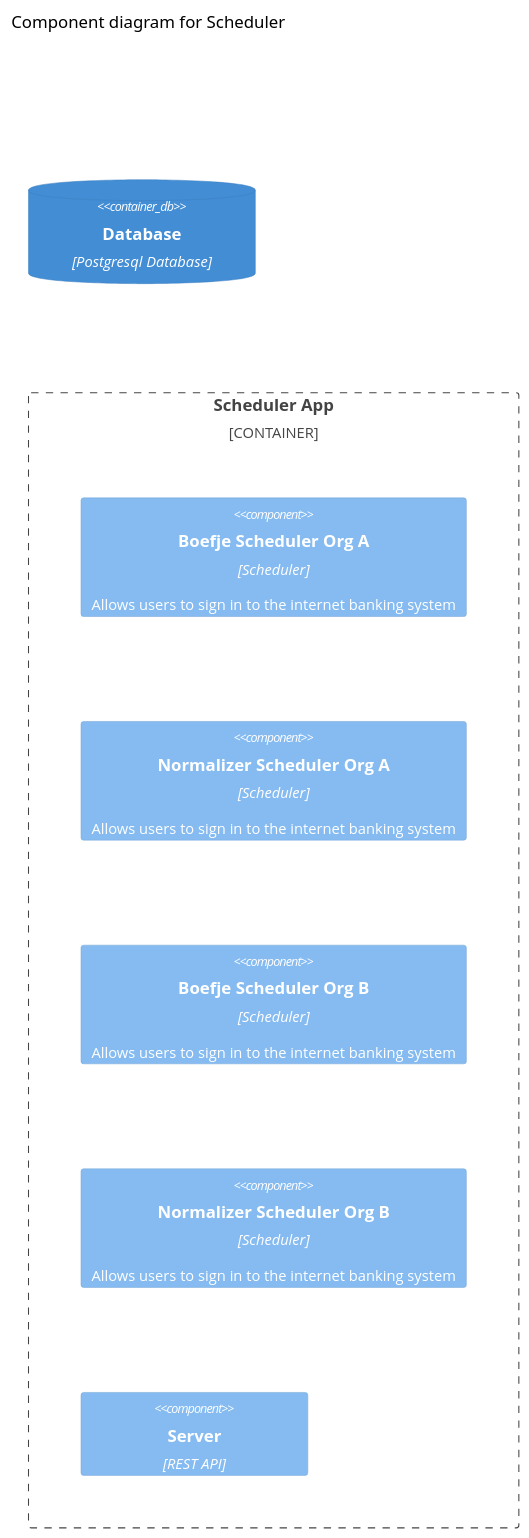
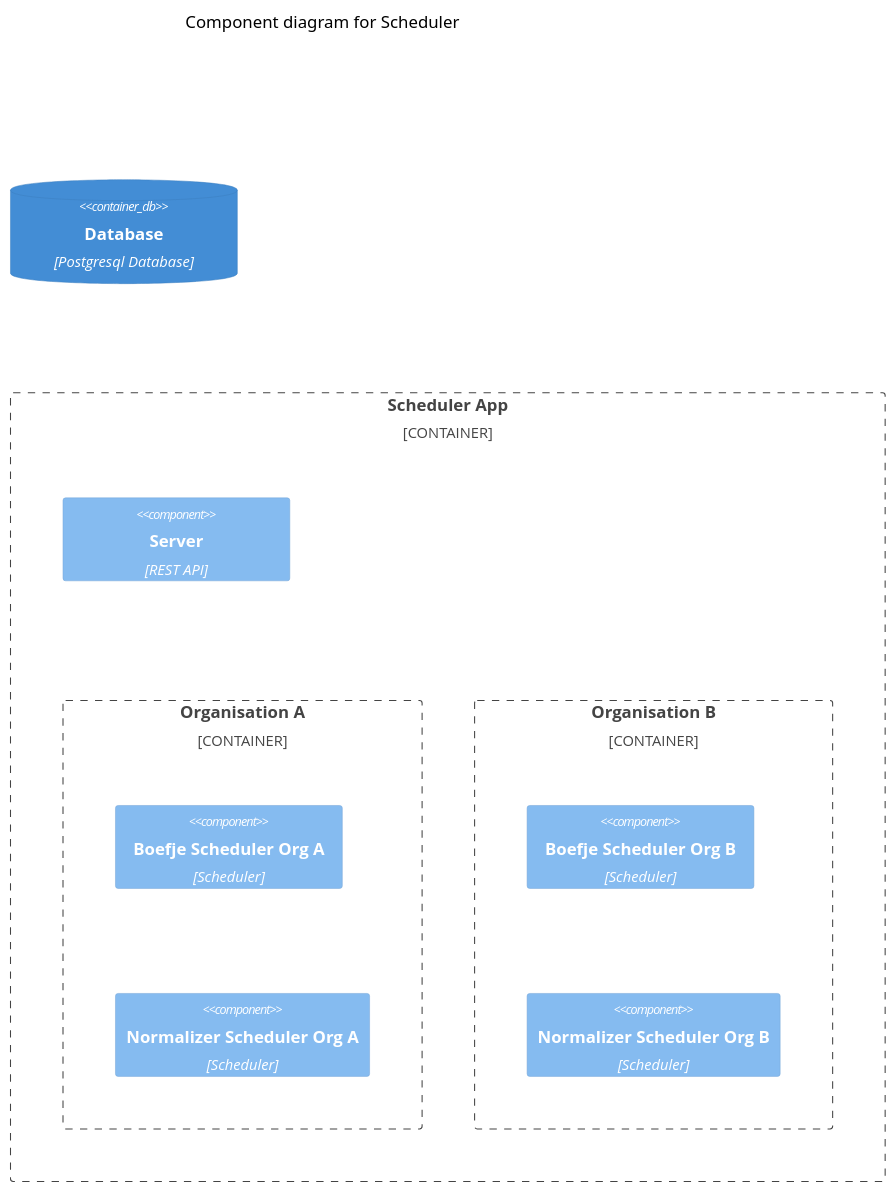
Before and after one commit to minvws/nl-kat-coordination: the second of 9 diagrams in mula/docs/architecture.md, drawn with Mermaid (forest theme). The commit also changed other lines of this file, not shown here.

````diff
--- a/mula/docs/architecture.md
+++ b/mula/docs/architecture.md
@@ -71,17 +79,20 @@
 ```mermaid
 C4Component
     title Component diagram for Scheduler
 
     ContainerDb(db, "Database", "Postgresql Database", "")
 
     Container_Boundary(scheduler_app, "Scheduler App") {
-        Component(boefje_scheduler_a, "Boefje Scheduler Org A", "Scheduler", "Allows users to sign in to the internet banking system")
-        Component(normalizer_scheduler_a, "Normalizer Scheduler Org A", "Scheduler", "Allows users to sign in to the internet banking system")
+        Container_Boundary(organisation_a, "Organisation A") {
+            Component(boefje_scheduler_a, "Boefje Scheduler Org A", "Scheduler", "")
+            Component(normalizer_scheduler_a, "Normalizer Scheduler Org A", "Scheduler", "")
+        }
 
-        Component(boefje_scheduler_b, "Boefje Scheduler Org B", "Scheduler", "Allows users to sign in to the internet banking system")
-        Component(normalizer_scheduler_b, "Normalizer Scheduler Org B", "Scheduler", "Allows users to sign in to the internet banking system")
-
+        Container_Boundary(organisation_b, "Organisation B") {
+            Component(boefje_scheduler_b, "Boefje Scheduler Org B", "Scheduler", "")
+            Component(normalizer_scheduler_b, "Normalizer Scheduler Org B", "Scheduler", "")
+        }
 
         Component(server, "Server", "REST API")
     }
 ```
````
